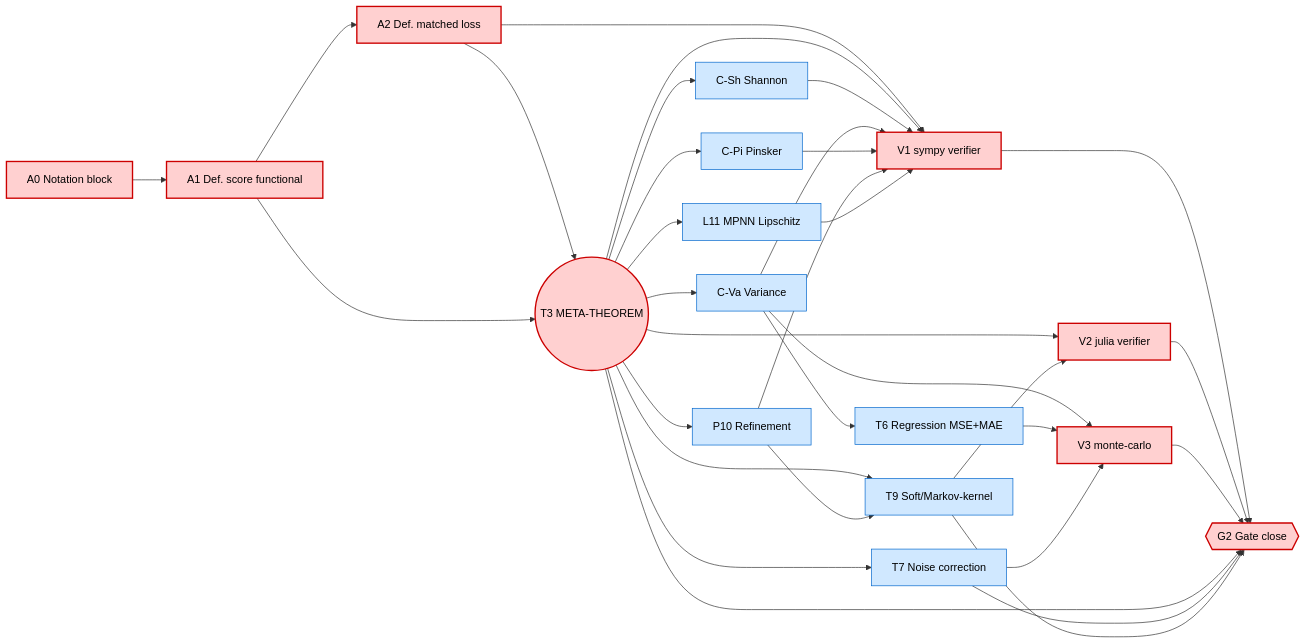
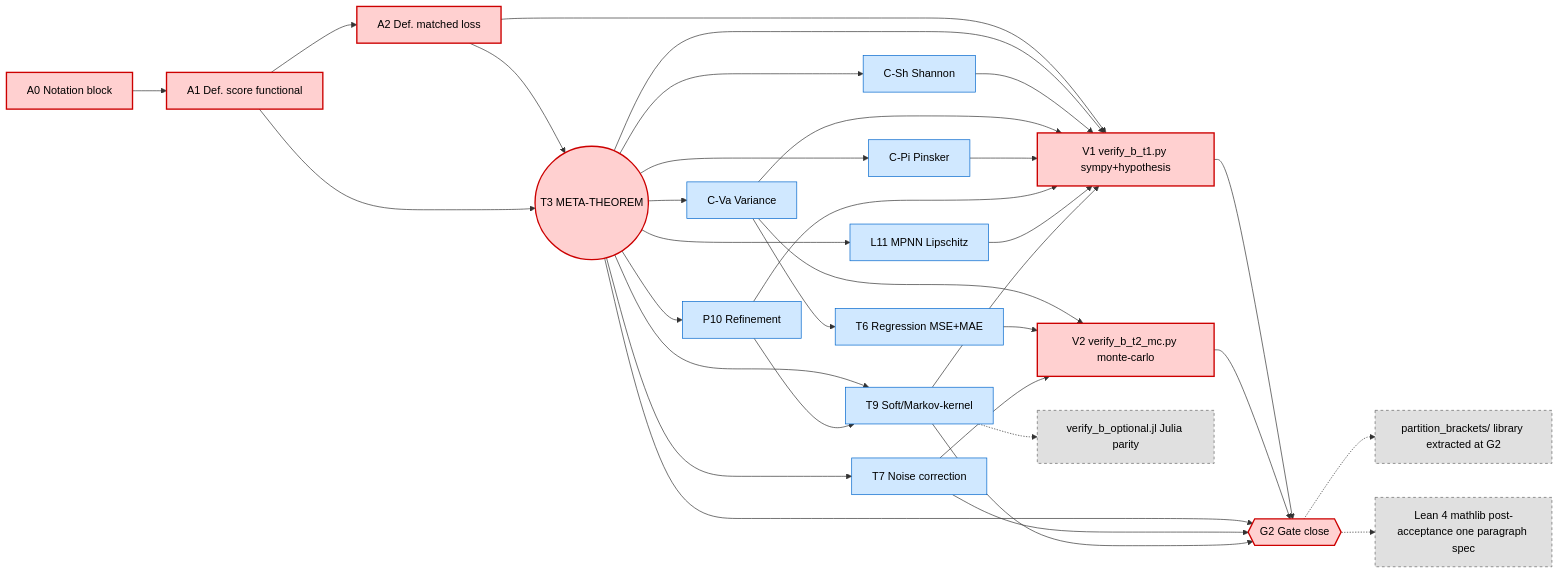
Before and after one commit to elouafiqAli/error: the diagram in partition-brackets-framework/FORMALISATION.md, drawn with Mermaid. The commit also changed other lines of this file and 6 other files, not shown here.

First line of the commit message:
paper-b Phase 2b-md.A013: simplify verification ladder — fold property testing into B-T1, drop Julia from critical path, defer Lean architecture

````diff
--- a/partition-brackets-framework/FORMALISATION.md
+++ b/partition-brackets-framework/FORMALISATION.md
@@ -50,43 +55,47 @@
 ```mermaid
 flowchart LR
     A0[A0 Notation block] --> A1[A1 Def. score functional]
     A1 --> A2[A2 Def. matched loss]
     A2 --> T3((T3 META-THEOREM))
     A1 --> T3
     T3 --> CS[C-Sh Shannon]
     T3 --> CV[C-Va Variance]
     T3 --> CP[C-Pi Pinsker]
     T3 --> T7[T7 Noise correction]
     T3 --> P10[P10 Refinement]
     T3 --> L11[L11 MPNN Lipschitz]
     CV --> T6[T6 Regression MSE+MAE]
     T3 --> T9[T9 Soft/Markov-kernel]
     P10 --> T9
 
-    A2 --> V1[V1 sympy verifier]
+    A2 --> V1[V1 verify_b_t1.py sympy+hypothesis]
     T3 --> V1
     CS --> V1
     CV --> V1
     CP --> V1
     P10 --> V1
     L11 --> V1
+    T9 --> V1
 
-    T3 --> V2[V2 julia verifier]
-    T9 --> V2
-
-    CV --> V3[V3 monte-carlo]
-    T6 --> V3
-    T7 --> V3
+    CV --> V2[V2 verify_b_t2_mc.py monte-carlo]
+    T6 --> V2
+    T7 --> V2
 
     V1 --> G2{{G2 Gate close}}
     V2 --> G2
-    V3 --> G2
     T3 --> G2
     T7 --> G2
     T9 --> G2
 
     classDef critical fill:#ffd0d0,stroke:#c00,stroke-width:2px,color:#000
-    class A0,A1,A2,T3,V1,V2,V3,G2 critical
+    class A0,A1,A2,T3,V1,V2,G2 critical
     classDef branch fill:#d0e8ff,stroke:#06c,color:#000
     class CS,CV,CP,T6,T7,P10,T9,L11 branch
+
+    %% OFF-CRITICAL-PATH: optional Julia parity + post-G2 library + post-acceptance Lean
+    T9 -.-> VOPT[verify_b_optional.jl Julia parity]
+    G2 -.-> LIB[partition_brackets/ library extracted at G2]
+    G2 -.-> LEAN[Lean 4 mathlib post-acceptance one paragraph spec]
+    classDef future fill:#e0e0e0,stroke:#666,color:#000,stroke-dasharray:4 4
+    class VOPT,LIB,LEAN future
 ```
````
